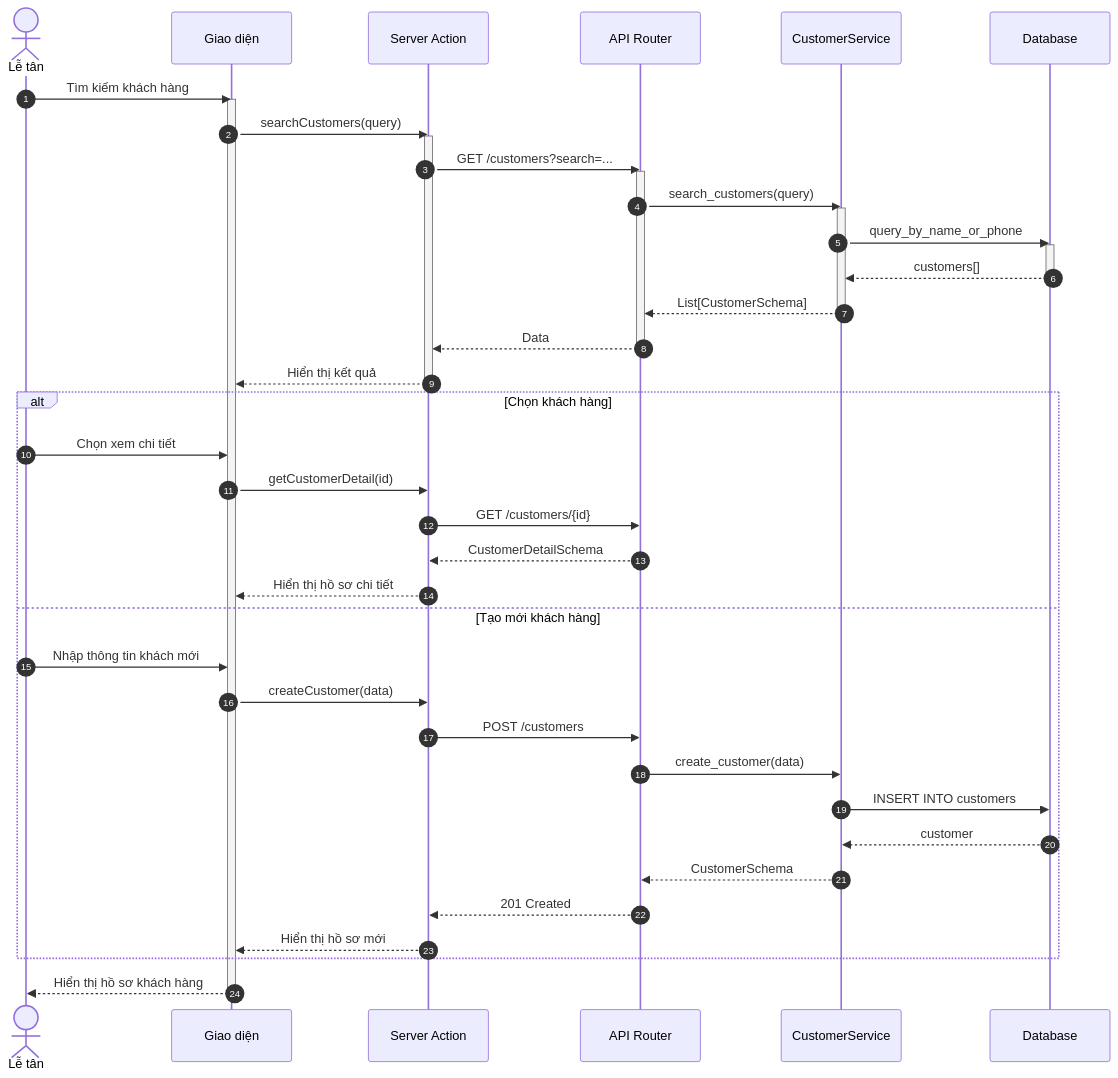
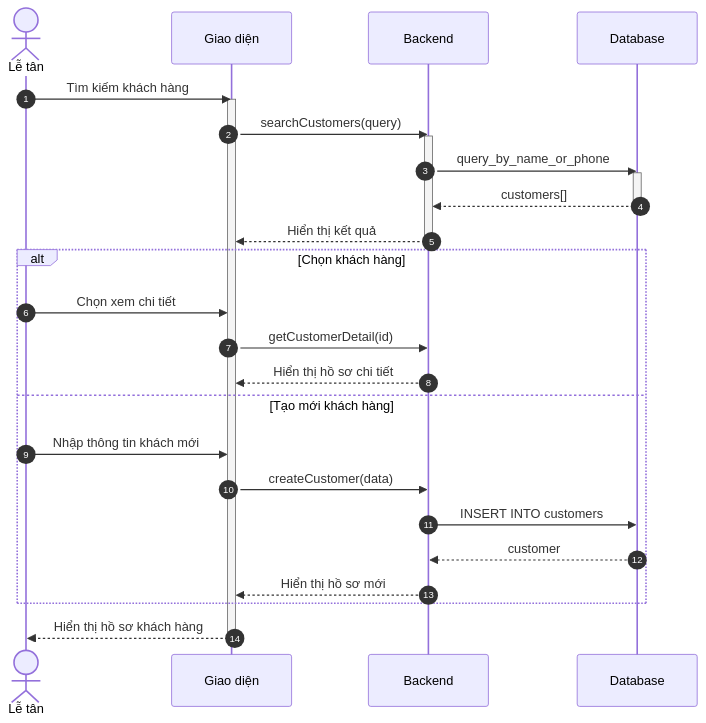
Before and after one commit to ngoctinn/Synapse: the second of 8 diagrams in docs/design/sequences/receptionist_flows.md, drawn with Mermaid. The commit also changed other lines of this file and 7 other files, not shown here.

Commit message:
docs: Add initial design documentation for authentication, user flows, and algorithm specification.

````diff
--- a/docs/design/sequences/receptionist_flows.md
+++ b/docs/design/sequences/receptionist_flows.md
@@ -70,56 +56,36 @@
 ```mermaid
 sequenceDiagram
     autonumber
     actor LT as Lễ tân
     participant UI as Giao diện
-    participant BFF as Server Action
-    participant API as API Router
-    participant S as CustomerService
+    participant BE as Backend
     participant DB as Database
 
     LT->>UI: Tìm kiếm khách hàng
     activate UI
-    UI->>BFF: searchCustomers(query)
-    activate BFF
+    UI->>BE: searchCustomers(query)
+    activate BE
 
-    BFF->>API: GET /customers?search=...
-    activate API
-
-    API->>S: search_customers(query)
-    activate S
-
-    S->>DB: query_by_name_or_phone
+    BE->>DB: query_by_name_or_phone
     activate DB
-    DB-->>S: customers[]
+    DB-->>BE: customers[]
     deactivate DB
 
-    S-->>API: List[CustomerSchema]
-    deactivate S
-
-    API-->>BFF: Data
-    deactivate API
-
-    BFF-->>UI: Hiển thị kết quả
-    deactivate BFF
+    BE-->>UI: Hiển thị kết quả
+    deactivate BE
 
     alt Chọn khách hàng
         LT->>UI: Chọn xem chi tiết
-        UI->>BFF: getCustomerDetail(id)
-        BFF->>API: GET /customers/{id}
-        API-->>BFF: CustomerDetailSchema
-        BFF-->>UI: Hiển thị hồ sơ chi tiết
+        UI->>BE: getCustomerDetail(id)
+        BE-->>UI: Hiển thị hồ sơ chi tiết
     else Tạo mới khách hàng
         LT->>UI: Nhập thông tin khách mới
-        UI->>BFF: createCustomer(data)
-        BFF->>API: POST /customers
-        API->>S: create_customer(data)
-        S->>DB: INSERT INTO customers
-        DB-->>S: customer
-        S-->>API: CustomerSchema
-        API-->>BFF: 201 Created
-        BFF-->>UI: Hiển thị hồ sơ mới
+        UI->>BE: createCustomer(data)
+        BE->>DB: INSERT INTO customers
+        DB-->>BE: customer
+        BE-->>UI: Hiển thị hồ sơ mới
     end
 
     UI-->>LT: Hiển thị hồ sơ khách hàng
     deactivate UI
 ```
````
